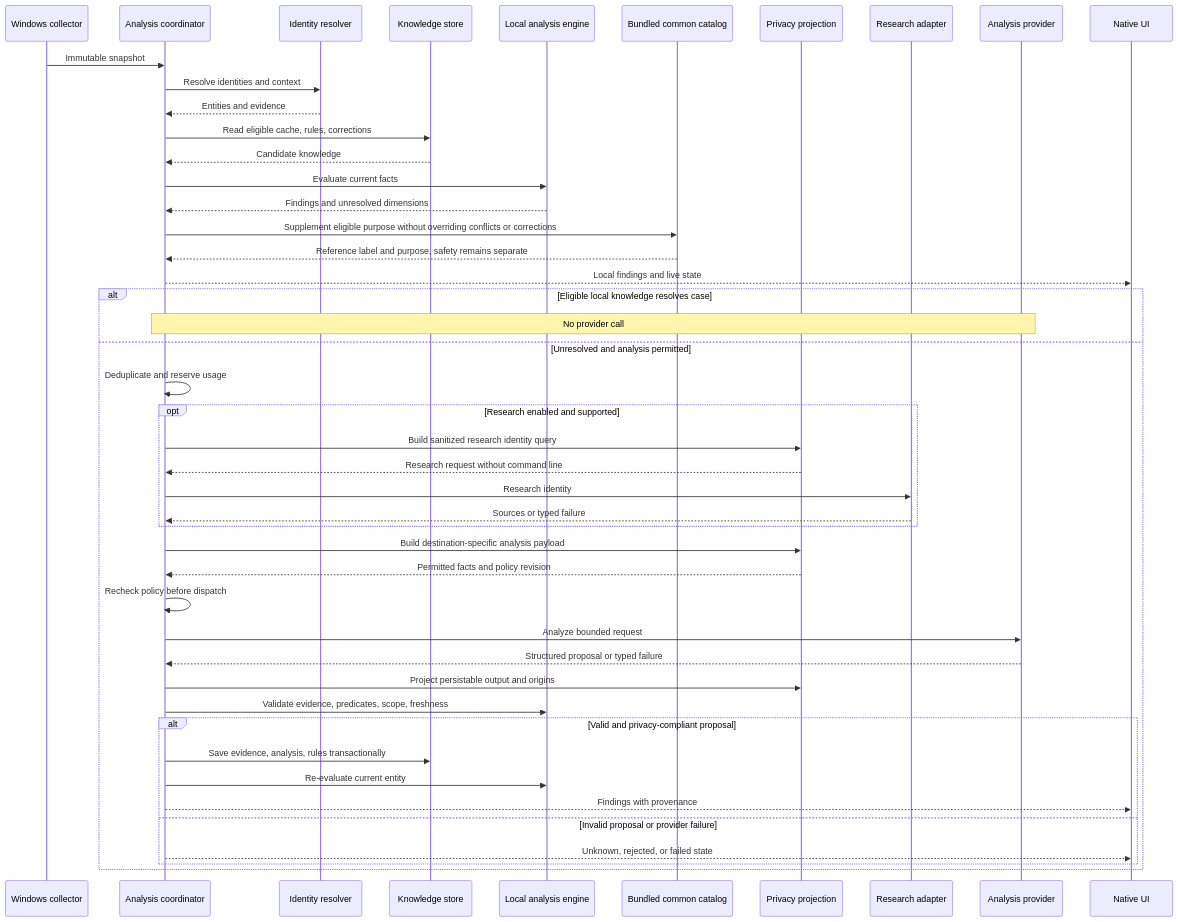
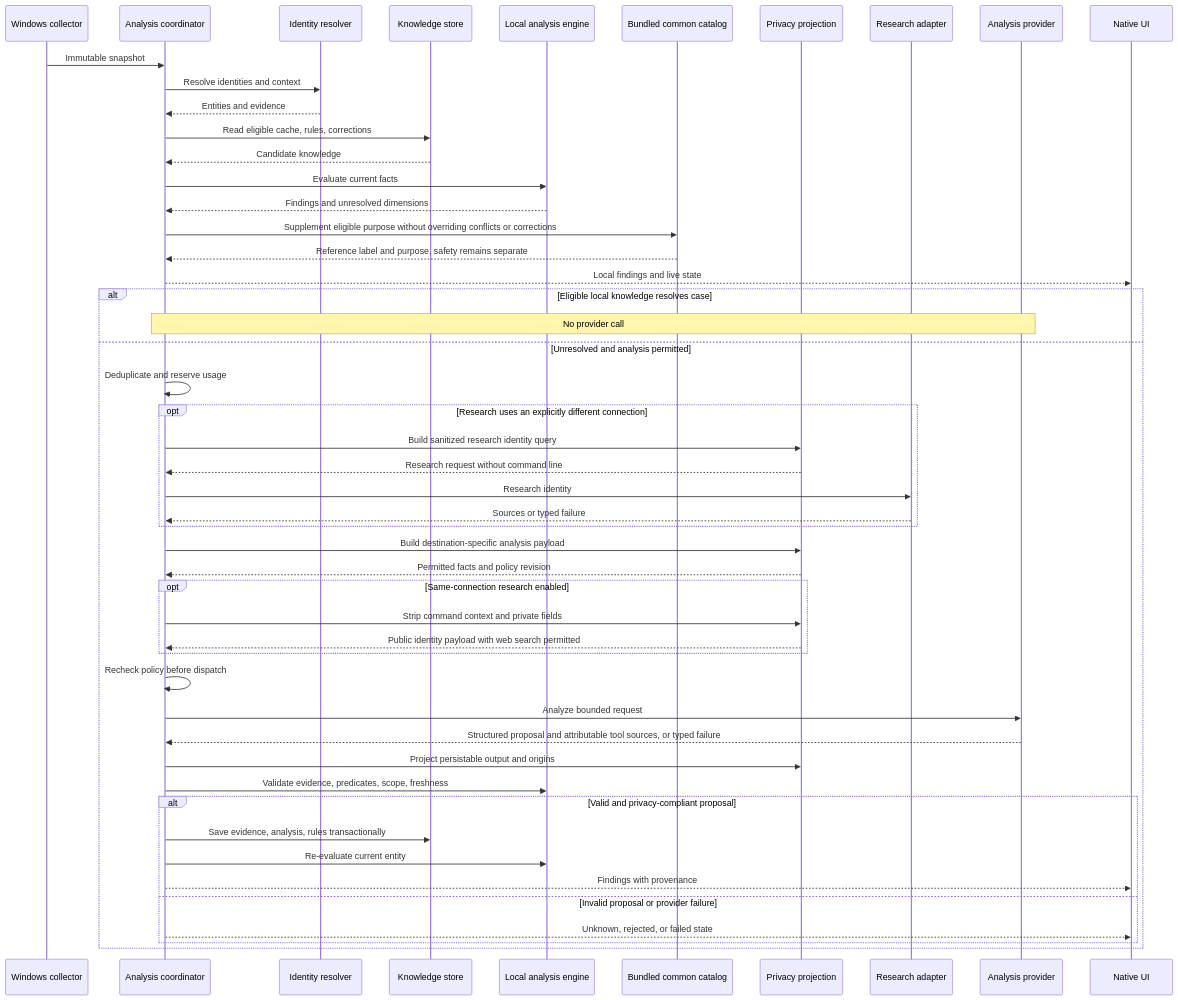
Before and after one commit to kiforsbe/procsight: diagram 11 of 23 in ARCHITECTURE.md, drawn with Mermaid. The commit also changed other lines of this file and 40 other files, not shown here.

Commit message:
fix: integrate analysis web search and explain rule decisions

````diff
--- a/ARCHITECTURE.md
+++ b/ARCHITECTURE.md
@@ -491,48 +491,52 @@
 ```mermaid
 sequenceDiagram
     participant C as Windows collector
     participant A as Analysis coordinator
     participant I as Identity resolver
     participant K as Knowledge store
     participant L as Local analysis engine
     participant B as Bundled common catalog
     participant P as Privacy projection
     participant R as Research adapter
     participant M as Analysis provider
     participant U as Native UI
     C->>A: Immutable snapshot
     A->>I: Resolve identities and context
     I-->>A: Entities and evidence
     A->>K: Read eligible cache, rules, corrections
     K-->>A: Candidate knowledge
     A->>L: Evaluate current facts
     L-->>A: Findings and unresolved dimensions
     A->>B: Supplement eligible purpose without overriding conflicts or corrections
     B-->>A: Reference label and purpose, safety remains separate
     A-->>U: Local findings and live state
     alt Eligible local knowledge resolves case
         Note over A,M: No provider call
     else Unresolved and analysis permitted
         A->>A: Deduplicate and reserve usage
-        opt Research enabled and supported
+        opt Research uses an explicitly different connection
             A->>P: Build sanitized research identity query
             P-->>A: Research request without command line
             A->>R: Research identity
             R-->>A: Sources or typed failure
         end
         A->>P: Build destination-specific analysis payload
         P-->>A: Permitted facts and policy revision
+        opt Same-connection research enabled
+            A->>P: Strip command context and private fields
+            P-->>A: Public identity payload with web search permitted
+        end
         A->>A: Recheck policy before dispatch
         A->>M: Analyze bounded request
-        M-->>A: Structured proposal or typed failure
+        M-->>A: Structured proposal and attributable tool sources, or typed failure
         A->>P: Project persistable output and origins
         A->>L: Validate evidence, predicates, scope, freshness
         alt Valid and privacy-compliant proposal
             A->>K: Save evidence, analysis, rules transactionally
             A->>L: Re-evaluate current entity
             A-->>U: Findings with provenance
         else Invalid proposal or provider failure
             A-->>U: Unknown, rejected, or failed state
         end
     end
 ```
````
